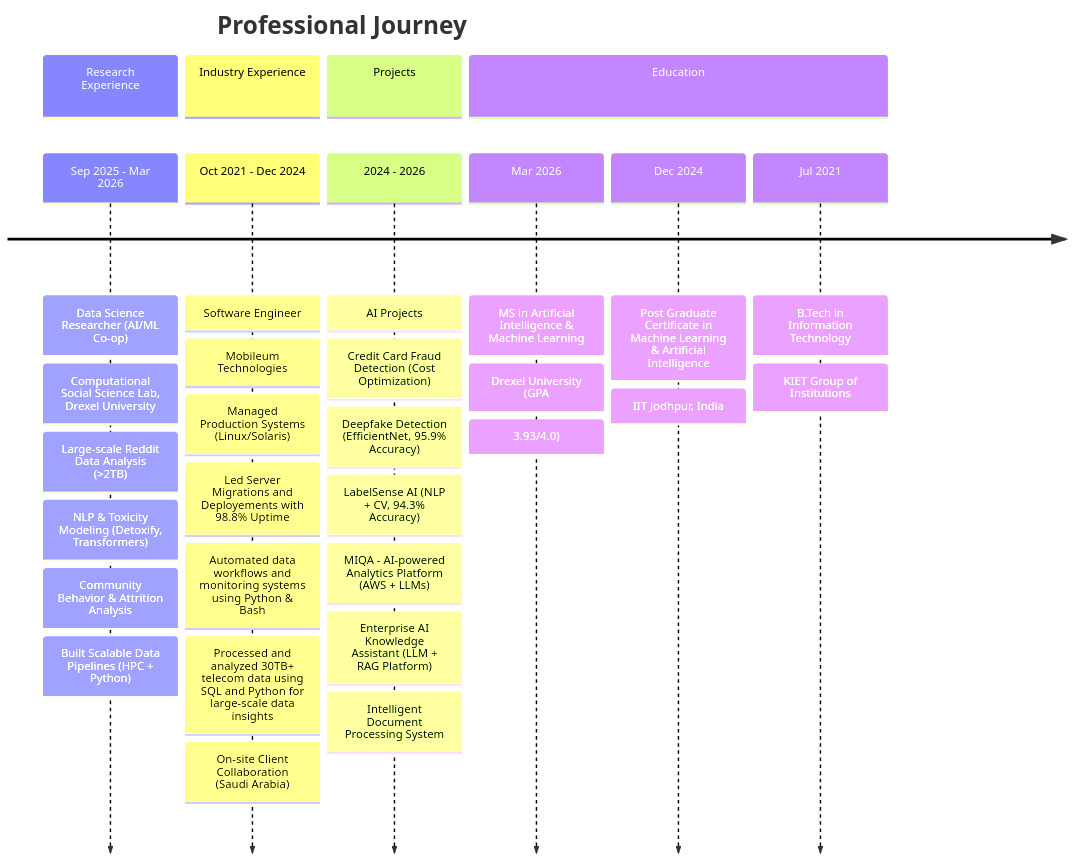
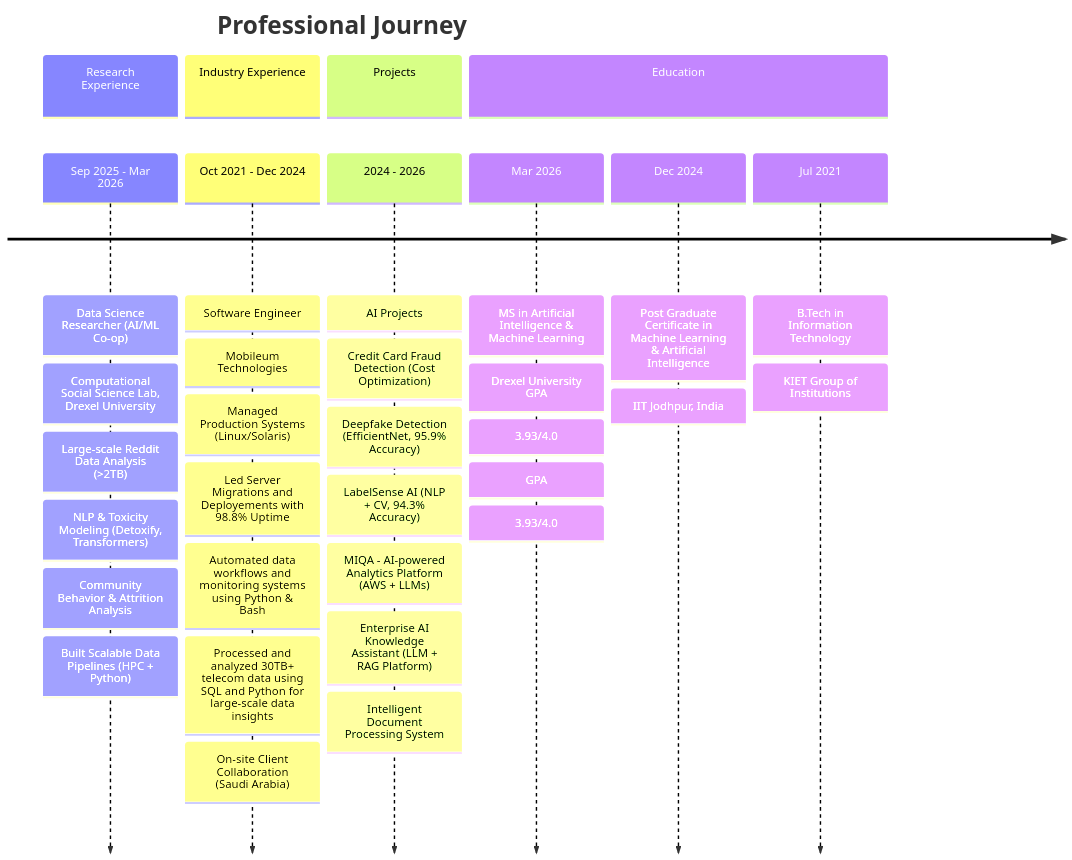
Before and after one commit to ShobhitDixit98/ShobhitDixit98: the diagram in README.md, drawn with Mermaid.

Commit message:
Refine education section formatting in README
Removed extra colon from education section and clarified GPA format.

````diff
--- a/README.md
+++ b/README.md
@@ -38,40 +38,41 @@
 ```mermaid
 timeline
     title Professional Journey
 
     section Research Experience
     Sep 2025 - Mar 2026  : Data Science Researcher (AI/ML Co-op)
                          : Computational Social Science Lab, Drexel University
                          : Large-scale Reddit Data Analysis (>2TB)
                          : NLP & Toxicity Modeling (Detoxify, Transformers)
                          : Community Behavior & Attrition Analysis
                          : Built Scalable Data Pipelines (HPC + Python)
 
     section Industry Experience
     Oct 2021 - Dec 2024  : Software Engineer
                          : Mobileum Technologies
                          : Managed Production Systems (Linux/Solaris)
                          : Led Server Migrations and Deployements with 98.8% Uptime
                          : Automated data workflows and monitoring systems using Python & Bash
                          : Processed and analyzed 30TB+ telecom data using SQL and Python for large-scale data insights
                          : On-site Client Collaboration (Saudi Arabia) 
 
     section Projects
     2024 - 2026          : AI Projects
                          : Credit Card Fraud Detection (Cost Optimization)
                          : Deepfake Detection (EfficientNet, 95.9% Accuracy)
                          : LabelSense AI (NLP + CV, 94.3% Accuracy)
                          : MIQA - AI-powered Analytics Platform (AWS + LLMs)
                          : Enterprise AI Knowledge Assistant (LLM + RAG Platform) 
                          : Intelligent Document Processing System 
 
     section Education
     Mar 2026 : MS in Artificial Intelligence & Machine Learning
-             : Drexel University (GPA: 3.93/4.0)
+             : Drexel University GPA: 3.93/4.0
+             : GPA: 3.93/4.0
 
     Dec 2024 : Post Graduate Certificate in Machine Learning & Artificial Intelligence
              : IIT Jodhpur, India
 
     Jul 2021 : B.Tech in Information Technology
              : KIET Group of Institutions
 ```
````
